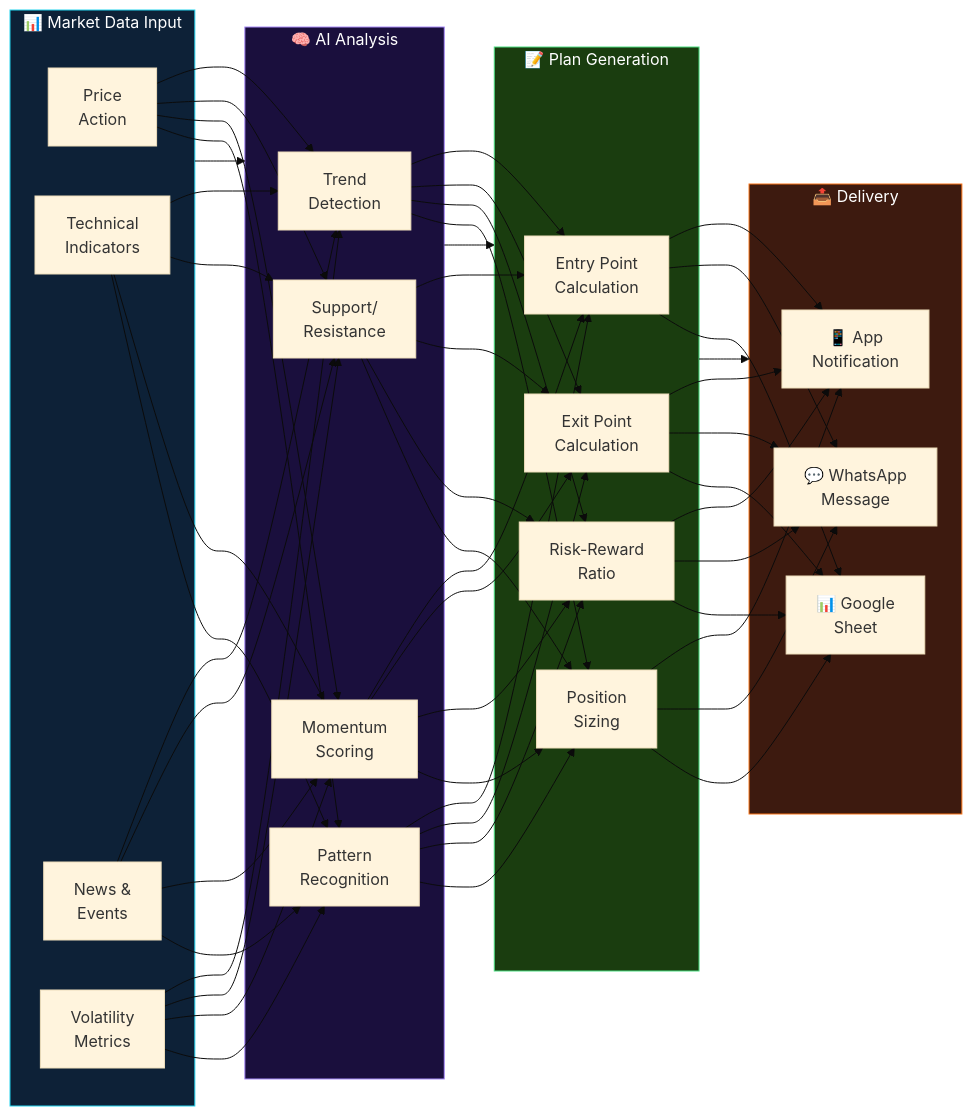
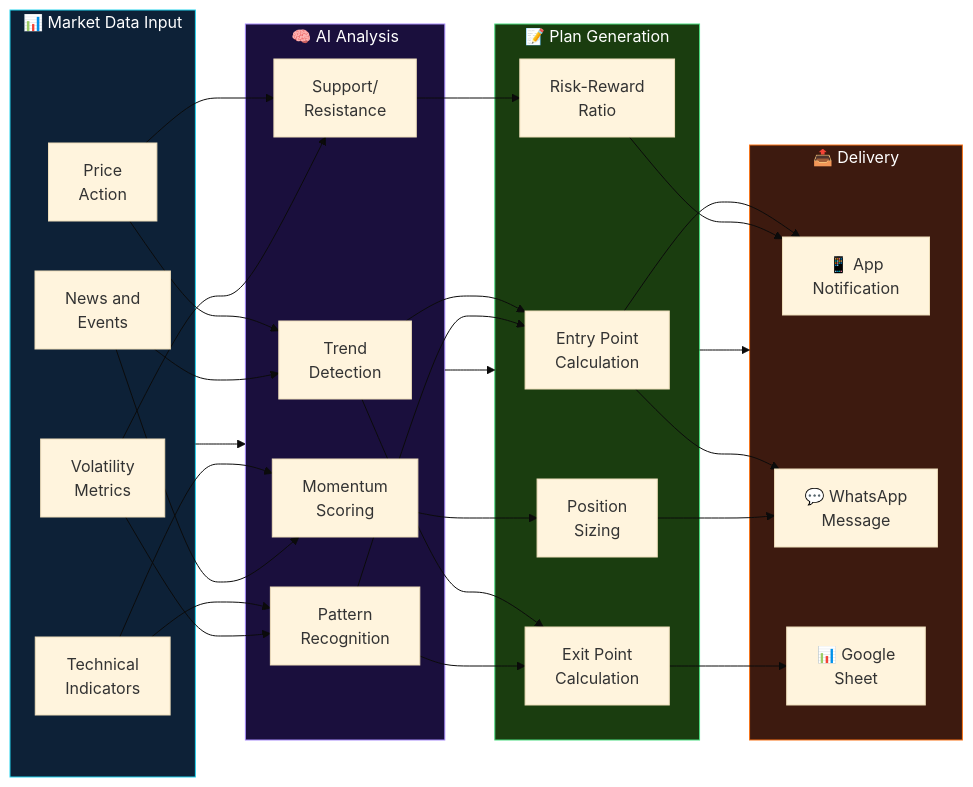
One commit to mulkymalikuldhrs/Trading-Plan-AI-Interactive changed the second of 4 diagrams in README.md. Above: the diagram before and after it, drawn with Mermaid (base theme). The commit also changed other lines of this file and 1 other file, not shown here.

Commit message:
🎨 Upgrade: banner image + fixed Mermaid + animations + flow diagrams

````diff
--- a/README.md
+++ b/README.md
@@ -117,40 +123,55 @@
 ```mermaid
 flowchart LR
     subgraph INPUT2["📊 Market Data Input"]
         PRICE["Price<br/>Action"]
         IND["Technical<br/>Indicators"]
-        NEWS4["News &<br/>Events"]
+        NEWS4["News and<br/>Events"]
         VOL["Volatility<br/>Metrics"]
     end
 
     subgraph ANALYZE["🧠 AI Analysis"]
         TREND["Trend<br/>Detection"]
         S_R["Support/<br/>Resistance"]
         MOM["Momentum<br/>Scoring"]
         PATTERN["Pattern<br/>Recognition"]
     end
 
     subgraph GENERATE["📝 Plan Generation"]
         ENTRY["Entry Point<br/>Calculation"]
         EXIT["Exit Point<br/>Calculation"]
         RR["Risk-Reward<br/>Ratio"]
         SIZE["Position<br/>Sizing"]
     end
 
     subgraph DELIVER["📤 Delivery"]
         APP["📱 App<br/>Notification"]
         WA2["💬 WhatsApp<br/>Message"]
         SHEET["📊 Google<br/>Sheet"]
     end
 
     INPUT2 --> ANALYZE --> GENERATE --> DELIVER
-
-    PRICE & IND & NEWS4 & VOL --> TREND & S_R & MOM & PATTERN
-    TREND & S_R & MOM & PATTERN --> ENTRY & EXIT & RR & SIZE
-    ENTRY & EXIT & RR & SIZE --> APP & WA2 & SHEET
+    PRICE --> TREND
+    PRICE --> S_R
+    IND --> MOM
+    IND --> PATTERN
+    NEWS4 --> TREND
+    NEWS4 --> MOM
+    VOL --> S_R
+    VOL --> PATTERN
+    TREND --> ENTRY
+    TREND --> EXIT
+    S_R --> RR
+    MOM --> SIZE
+    PATTERN --> ENTRY
+    PATTERN --> EXIT
+    ENTRY --> APP
+    ENTRY --> WA2
+    EXIT --> SHEET
+    RR --> APP
+    SIZE --> WA2
 
     style INPUT2 fill:#0d2137,stroke:#22d3ee,color:#fff
     style ANALYZE fill:#1a0f3d,stroke:#a78bfa,color:#fff
     style GENERATE fill:#1a3d0f,stroke:#4ade80,color:#fff
     style DELIVER fill:#3d1a0f,stroke:#f97316,color:#fff
 ```
````
